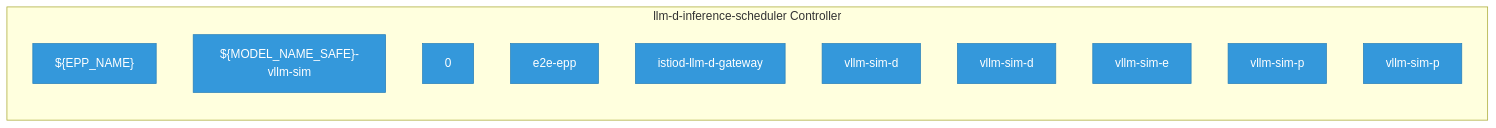
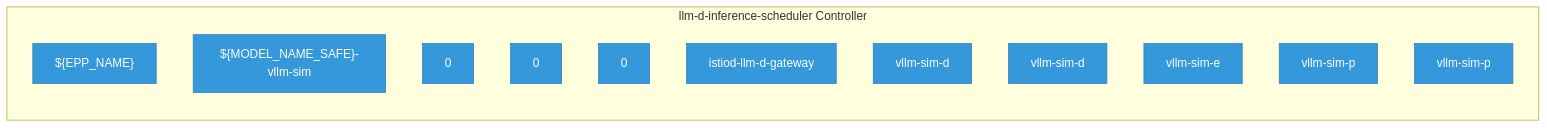
One commit to ugiordan/rhoai-architecture-analyzer changed the diagram in site/docs/use-cases/odh-platform/components/llm_d_inference_scheduler/index.md. Above: the diagram before and after it, drawn with Mermaid. The commit also changed other lines of this file and 402 other files, not shown here.

````diff
--- a/site/docs/use-cases/odh-platform/components/llm_d_inference_scheduler/index.md
+++ b/site/docs/use-cases/odh-platform/components/llm_d_inference_scheduler/index.md
@@ -22,33 +25,35 @@
 ```mermaid
 graph LR
     %% Component architecture for llm-d-inference-scheduler
 
     classDef crd fill:#e74c3c,stroke:#c0392b,color:#fff
     classDef controller fill:#3498db,stroke:#2980b9,color:#fff
     classDef owned fill:#2ecc71,stroke:#27ae60,color:#fff
     classDef external fill:#95a5a6,stroke:#7f8c8d,color:#fff
     classDef dep fill:#f39c12,stroke:#e67e22,color:#fff
 
     subgraph controller["llm-d-inference-scheduler Controller"]
         dep_1["${EPP_NAME}"]
         class dep_1 controller
         dep_2["${MODEL_NAME_SAFE}-vllm-sim"]
         class dep_2 controller
         dep_3["0"]
         class dep_3 controller
-        dep_4["e2e-epp"]
+        dep_4["0"]
         class dep_4 controller
-        dep_5["istiod-llm-d-gateway"]
+        dep_5["0"]
         class dep_5 controller
-        dep_6["vllm-sim-d"]
+        dep_6["istiod-llm-d-gateway"]
         class dep_6 controller
         dep_7["vllm-sim-d"]
         class dep_7 controller
-        dep_8["vllm-sim-e"]
+        dep_8["vllm-sim-d"]
         class dep_8 controller
-        dep_9["vllm-sim-p"]
+        dep_9["vllm-sim-e"]
         class dep_9 controller
         dep_10["vllm-sim-p"]
         class dep_10 controller
+        dep_11["vllm-sim-p"]
+        class dep_11 controller
     end
 ```
````
